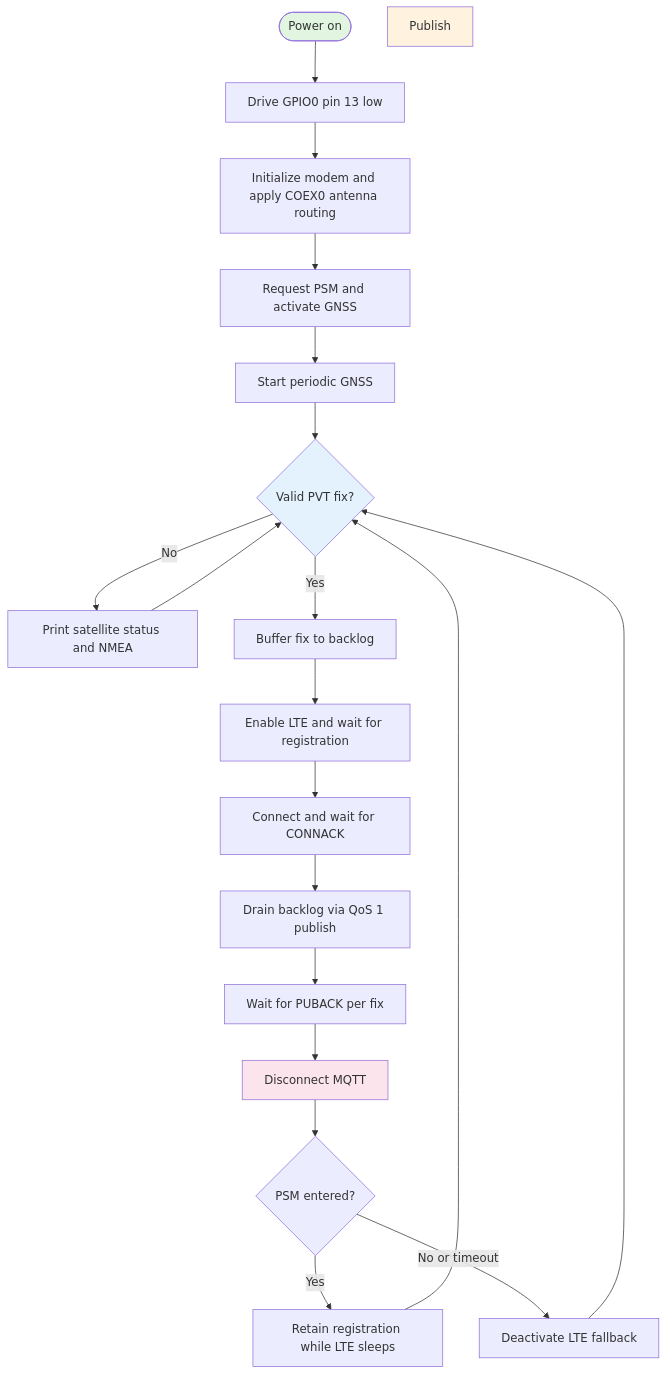
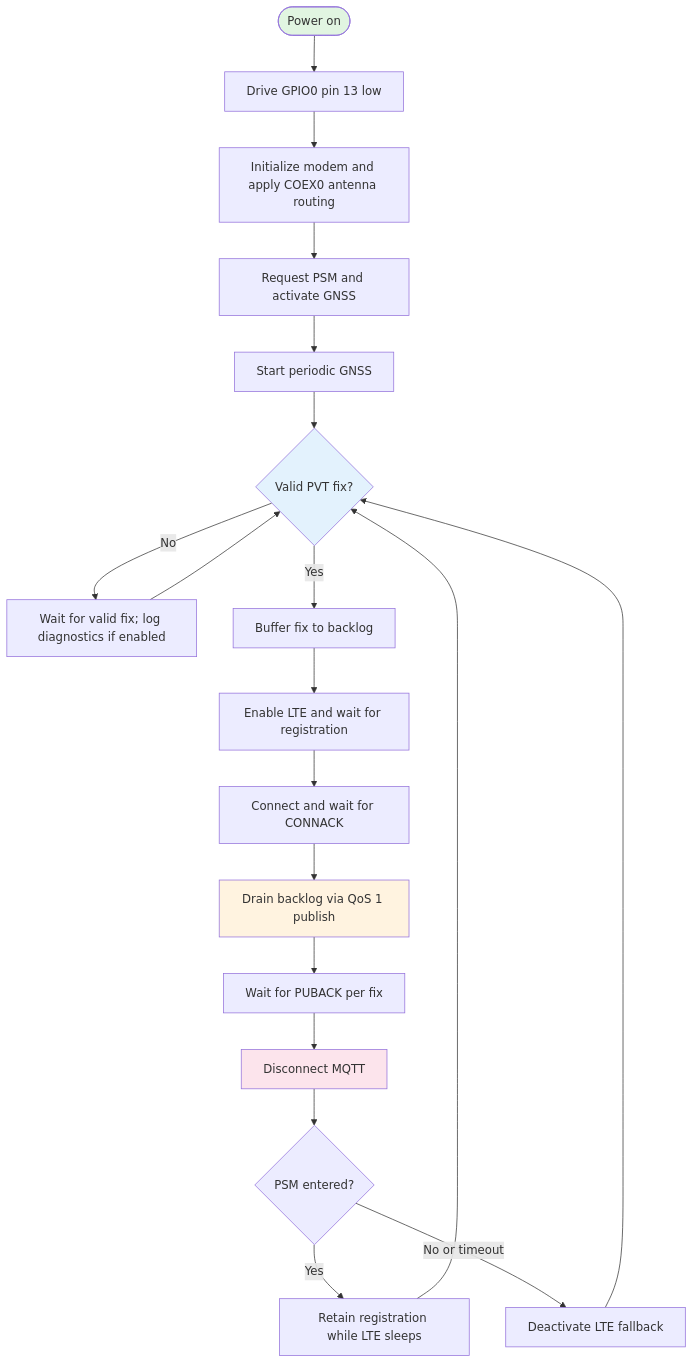
One commit to Faiisu/WildLifeTracking-NBIOT changed the diagram in myprojects/gps_mqtt_tracker/README.md. Above: the diagram before and after it, drawn with Mermaid. The commit also changed other lines of this file and 11 other files, not shown here.

````diff
--- a/myprojects/gps_mqtt_tracker/README.md
+++ b/myprojects/gps_mqtt_tracker/README.md
@@ -62,27 +62,27 @@
 ```mermaid
 flowchart TD
     Boot([Power on]) --> Pin[Drive GPIO0 pin 13 low]
     Pin --> Modem[Initialize modem and apply COEX0 antenna routing]
     Modem --> GPSMode[Request PSM and activate GNSS]
     GPSMode --> StartGPS[Start periodic GNSS]
     StartGPS --> PVT{Valid PVT fix?}
-    PVT -->|No| Status[Print satellite status and NMEA]
+    PVT -->|No| Status[Wait for valid fix; log diagnostics if enabled]
     Status --> PVT
     PVT -->|Yes| Buffer[Buffer fix to backlog]
     Buffer --> LTE[Enable LTE and wait for registration]
     LTE --> MQTT[Connect and wait for CONNACK]
     MQTT --> Backlog[Drain backlog via QoS 1 publish]
     Backlog --> Ack[Wait for PUBACK per fix]
     Ack --> Close[Disconnect MQTT]
 
     Close --> PSM{PSM entered?}
     PSM -->|Yes| Sleep[Retain registration while LTE sleeps]
     PSM -->|No or timeout| Fallback[Deactivate LTE fallback]
     Sleep --> PVT
     Fallback --> PVT
 
     style Boot fill:#e1f5e1
     style PVT fill:#e3f2fd
-    style Publish fill:#fff3e0
+    style Backlog fill:#fff3e0
     style Close fill:#fce4ec
 ```
````
